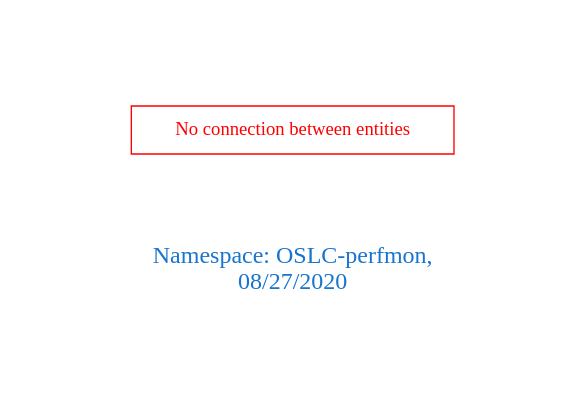
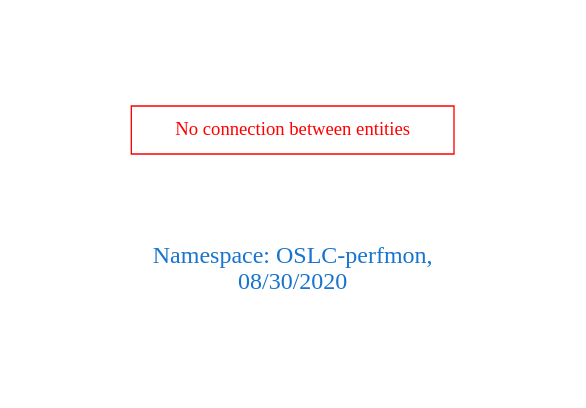
One commit to arago/OGIT changed the diagram in downloads/OSLC-perfmon.dot. Above: the diagram before and after it, drawn with Graphviz. The commit also changed 1811 other files, not shown here.

```diff
--- a/downloads/OSLC-perfmon.dot
+++ b/downloads/OSLC-perfmon.dot
@@ -1,9 +1,9 @@
 digraph OGIT_ontology {
  graph [ rankdir= LR,pad=1 
 fontsize = 18,
-fontcolor= dodgerblue3,label = "\n\n\nNamespace: OSLC-perfmon, \n 08/27/2020"];
+fontcolor= dodgerblue3,label = "\n\n\nNamespace: OSLC-perfmon, \n 08/30/2020"];
 node[shape=polygon];
 edge [  color="gray81"];
 
 "No connection between entities" [fontcolor = "red",color="red", shape="polygon"]
 }
```
